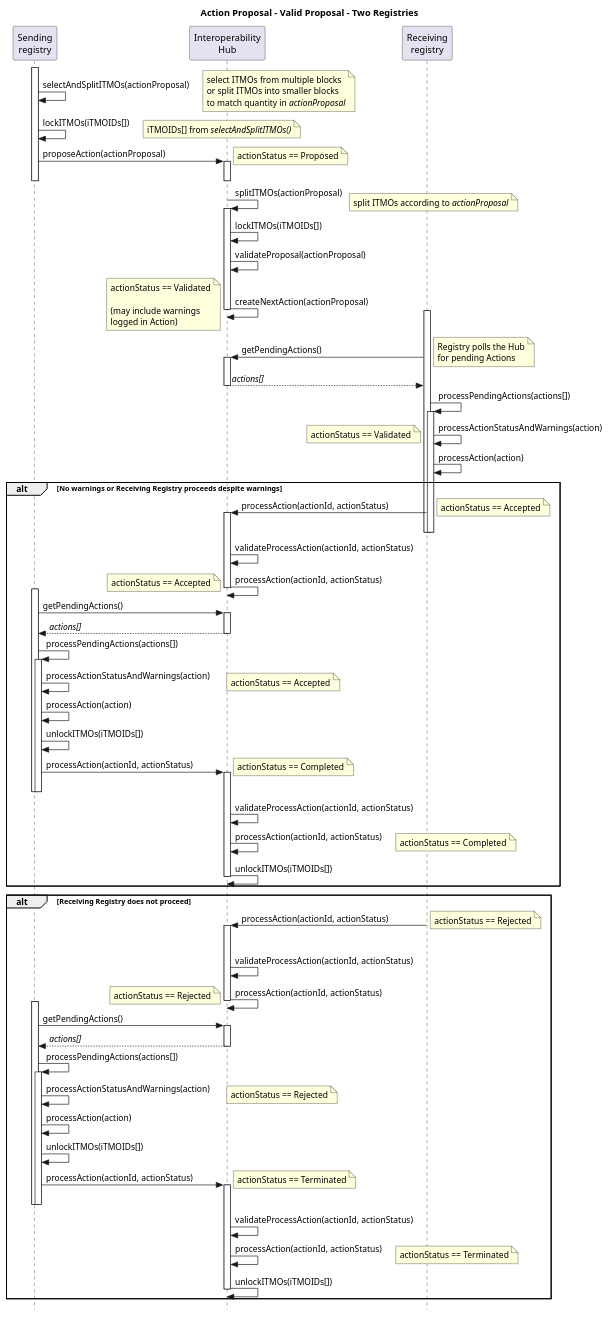
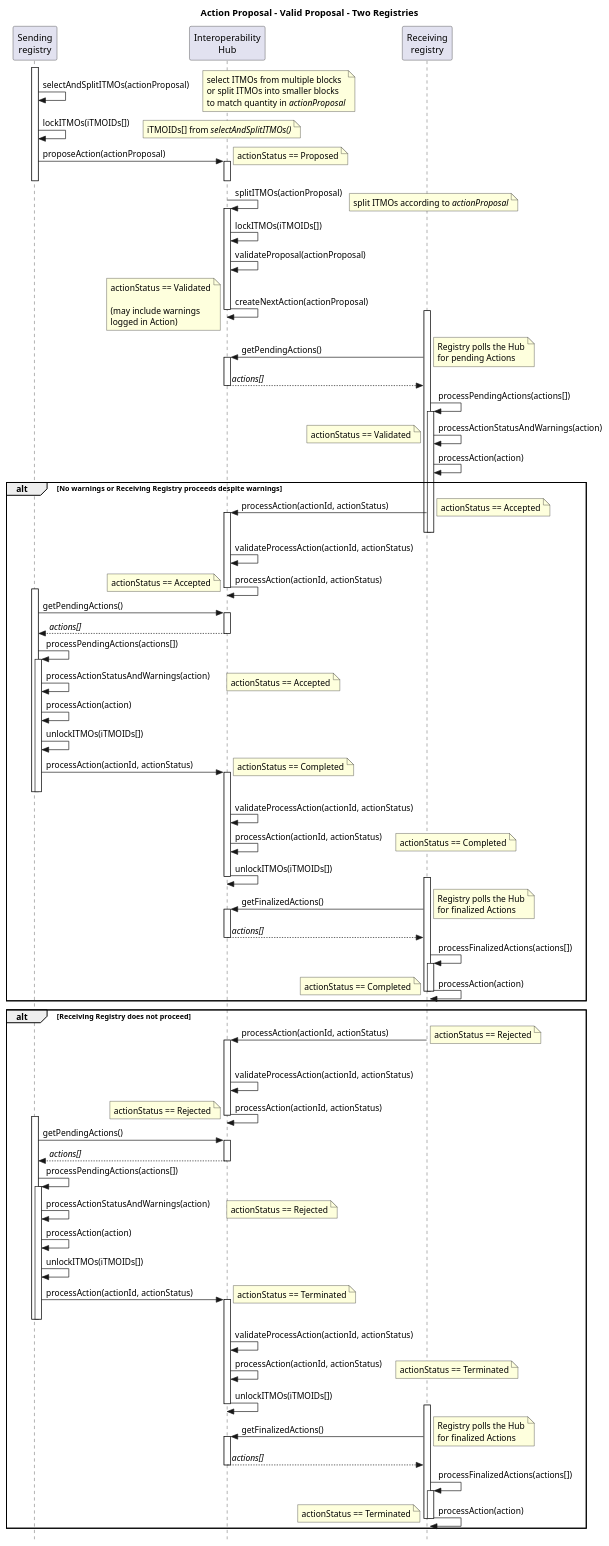
Before and after one commit to frankcnng/CARP: the diagram in diagrams/actionProposal_Valid_TwoReg_Sequence.puml, drawn with PlantUML.

Commit message:
Update actionProposal_Valid_TwoReg_Sequence.puml
Added final getFinalizedActions() call to get Completed or Terminated status for receiving registry.
This prevents problem with timeout of sending registry on a completion or termination

```diff
--- a/diagrams/actionProposal_Valid_TwoReg_Sequence.puml
+++ b/diagrams/actionProposal_Valid_TwoReg_Sequence.puml
@@ -1,114 +1,138 @@
 @startuml actionProposal_Valid_TwoReg_Sequence
 
 title Action Proposal - Valid Proposal - Two Registries
 
 skinparam style strictuml
 
 participant "Sending\nregistry" as Sender
 participant "Interoperability\nHub" as Hub
 participant "Receiving\nregistry" as Receiver
 
 activate Sender
 Sender -> Sender: selectAndSplitITMOs(actionProposal)
 note right: select ITMOs from multiple blocks\nor split ITMOs into smaller blocks\nto match quantity in //actionProposal//
 
 Sender -> Sender: lockITMOs(iTMOIDs[])
 note right: iTMOIDs[] from //selectAndSplitITMOs()//
 
 Sender -> Hub++ : proposeAction(actionProposal)
 note right: actionStatus == Proposed
 deactivate Sender
 deactivate Hub
 
 Hub -> Hub++: splitITMOs(actionProposal)
 note right: split ITMOs according to //actionProposal//
 Hub -> Hub: lockITMOs(iTMOIDs[])
 Hub -> Hub: validateProposal(actionProposal)
 Hub -> Hub--: createNextAction(actionProposal)
 note left: actionStatus == Validated\n\n(may include warnings\nlogged in Action)
 
 activate Receiver
 Receiver -> Hub++: getPendingActions()
-note right: Registry polls the Hub\nfor pending Actions
+  note right: Registry polls the Hub\nfor pending Actions
   
 Receiver <-- Hub: //actions[]//
 deactivate Hub
 
 Receiver -> Receiver: processPendingActions(actions[])
 activate Receiver
 Receiver -> Receiver: processActionStatusAndWarnings(action)
 note left: actionStatus == Validated
 Receiver -> Receiver: processAction(action)
 
 alt No warnings or Receiving Registry proceeds despite warnings
 
   Receiver -> Hub++: processAction(actionId, actionStatus)
   deactivate Receiver
   deactivate Receiver
   note right: actionStatus == Accepted
   Hub -> Hub: validateProcessAction(actionId, actionStatus)
   Hub -> Hub: processAction(actionId, actionStatus)
   note left: actionStatus == Accepted
   deactivate Hub
 
   activate Sender
   Sender -> Hub++ : getPendingActions()
   Sender <-- Hub : //actions[]//
   deactivate Hub
   
   Sender -> Sender: processPendingActions(actions[])
   activate Sender
   Sender -> Sender: processActionStatusAndWarnings(action)
   note right: actionStatus == Accepted
   Sender -> Sender: processAction(action)
   Sender -> Sender: unlockITMOs(iTMOIDs[])
 
   Sender -> Hub++: processAction(actionId, actionStatus)
   note right: actionStatus == Completed
   deactivate Sender
   deactivate Sender
   Hub -> Hub: validateProcessAction(actionId, actionStatus)
   Hub -> Hub: processAction(actionId, actionStatus)
   note right: actionStatus == Completed
   Hub -> Hub--: unlockITMOs(iTMOIDs[])
 
+  activate Receiver
+  Receiver -> Hub++: getFinalizedActions()
+    note right: Registry polls the Hub\nfor finalized Actions
+    
+  Receiver <-- Hub: //actions[]//
+  deactivate Hub
+  
+  Receiver -> Receiver: processFinalizedActions(actions[])
+  activate Receiver
+  Receiver -> Receiver--: processAction(action)
+  note left: actionStatus == Completed
+  deactivate Receiver
 end
 
 alt Receiving Registry does not proceed
 
   activate Receiver
   activate Receiver
   Receiver -> Hub++: processAction(actionId, actionStatus)
   note right: actionStatus == Rejected
   deactivate Receiver
   deactivate Receiver
   Hub -> Hub: validateProcessAction(actionId, actionStatus)
   Hub -> Hub: processAction(actionId, actionStatus)
   note left: actionStatus == Rejected
   deactivate Hub
 
   activate Sender
   Sender -> Hub++ : getPendingActions()
   Sender <-- Hub: //actions[]//
   deactivate Hub
   
   Sender -> Sender: processPendingActions(actions[])
   activate Sender
   Sender -> Sender: processActionStatusAndWarnings(action)
   note right: actionStatus == Rejected
 
   Sender -> Sender: processAction(action)
   Sender -> Sender: unlockITMOs(iTMOIDs[])
 
   Sender -> Hub++: processAction(actionId, actionStatus)
   note right: actionStatus == Terminated
   deactivate Sender
   deactivate Sender
   Hub -> Hub: validateProcessAction(actionId, actionStatus)
   Hub -> Hub: processAction(actionId, actionStatus)
   note right: actionStatus == Terminated
   Hub -> Hub--: unlockITMOs(iTMOIDs[])
 
+  activate Receiver
+  Receiver -> Hub++: getFinalizedActions()
+    note right: Registry polls the Hub\nfor finalized Actions
+    
+  Receiver <-- Hub: //actions[]//
+  deactivate Hub
+  
+  Receiver -> Receiver: processFinalizedActions(actions[])
+  activate Receiver
+  Receiver -> Receiver--: processAction(action)
+  note left: actionStatus == Terminated
+  deactivate Receiver
 end
 
 @enduml
```
